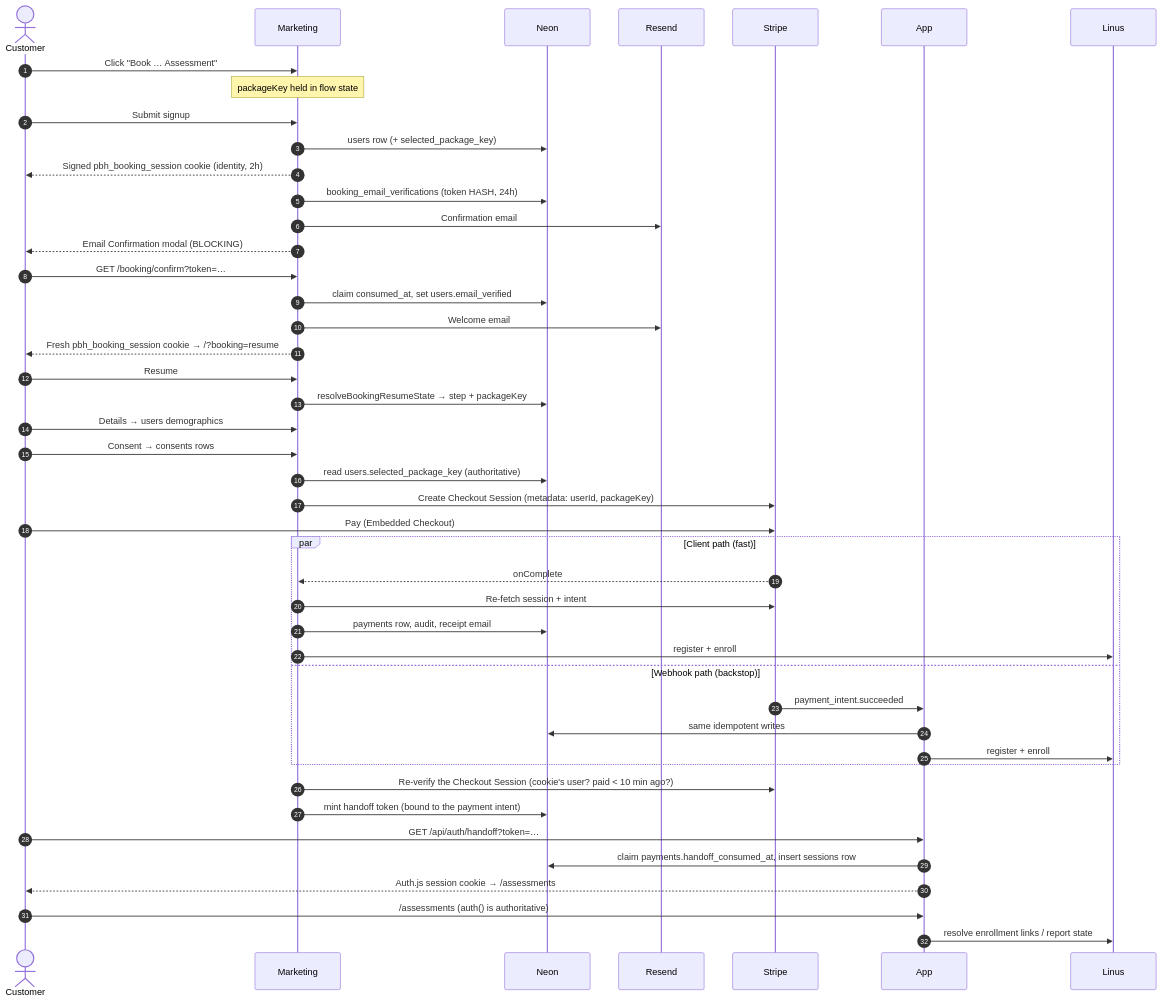
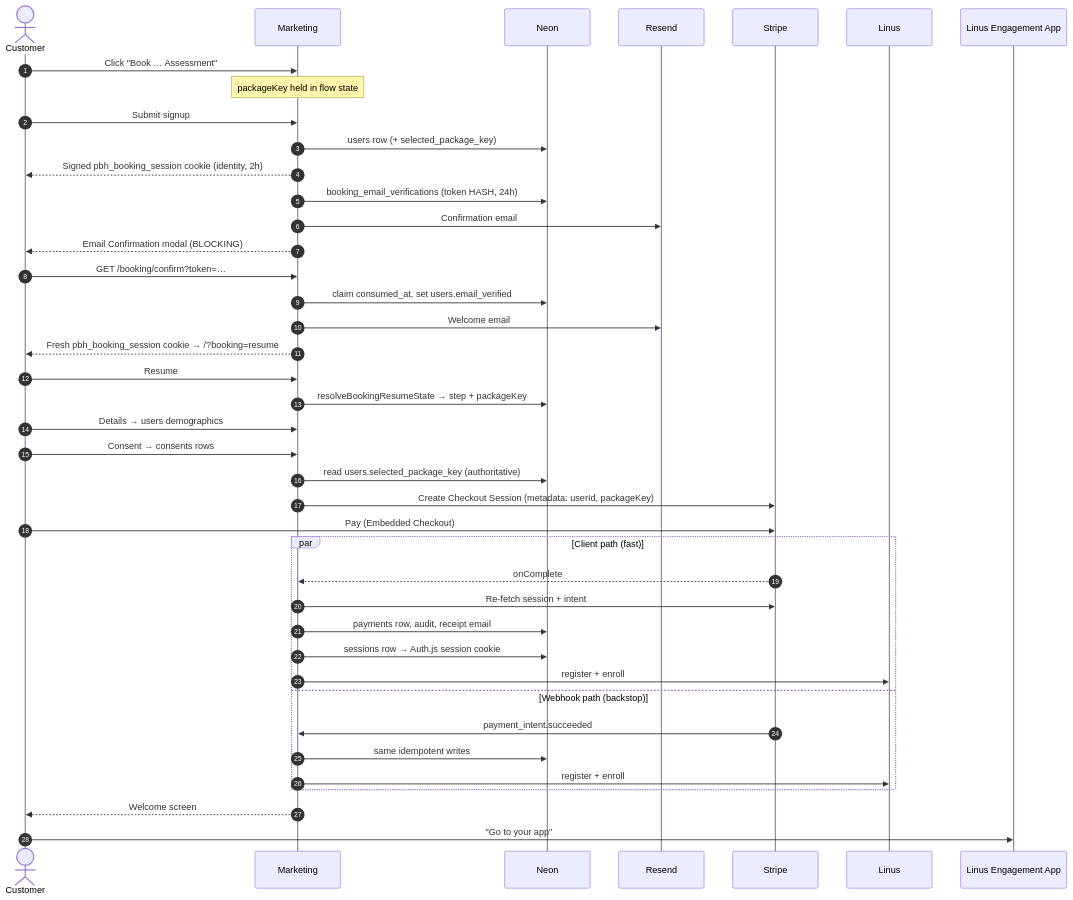
The first of 2 diagrams in docs/booking-flow.md (dbates-commits/primary-brain-health), drawn with Mermaid before and after one commit. The commit also changed other lines of this file and 105 other files, not shown here.

First line of the commit message:
refactor: retire apps/app, ending the flow at a welcome screen

````diff
--- a/docs/booking-flow.md
+++ b/docs/booking-flow.md
@@ -35,53 +40,49 @@
 ```mermaid
 sequenceDiagram
     autonumber
     actor C as Customer
     participant M as Marketing
     participant DB as Neon
     participant R as Resend
     participant S as Stripe
-    participant F as App
     participant L as Linus
+    participant E as Linus Engagement App
 
     C->>M: Click "Book … Assessment"
     Note over M: packageKey held in flow state
     C->>M: Submit signup
     M->>DB: users row (+ selected_package_key)
     M-->>C: Signed pbh_booking_session cookie (identity, 2h)
     M->>DB: booking_email_verifications (token HASH, 24h)
     M->>R: Confirmation email
     M-->>C: Email Confirmation modal (BLOCKING)
 
     C->>M: GET /booking/confirm?token=…
     M->>DB: claim consumed_at, set users.email_verified
     M->>R: Welcome email
     M-->>C: Fresh pbh_booking_session cookie → /?booking=resume
 
     C->>M: Resume
     M->>DB: resolveBookingResumeState → step + packageKey
     C->>M: Details → users demographics
     C->>M: Consent → consents rows
 
     M->>DB: read users.selected_package_key (authoritative)
     M->>S: Create Checkout Session (metadata: userId, packageKey)
     C->>S: Pay (Embedded Checkout)
 
     par Client path (fast)
         S-->>M: onComplete
         M->>S: Re-fetch session + intent
         M->>DB: payments row, audit, receipt email
+        M->>DB: sessions row → Auth.js session cookie
         M->>L: register + enroll
     and Webhook path (backstop)
-        S->>F: payment_intent.succeeded
-        F->>DB: same idempotent writes
-        F->>L: register + enroll
+        S->>M: payment_intent.succeeded
+        M->>DB: same idempotent writes
+        M->>L: register + enroll
     end
 
-    M->>S: Re-verify the Checkout Session (cookie's user? paid < 10 min ago?)
-    M->>DB: mint handoff token (bound to the payment intent)
-    C->>F: GET /api/auth/handoff?token=…
-    F->>DB: claim payments.handoff_consumed_at, insert sessions row
-    F-->>C: Auth.js session cookie → /assessments
-    C->>F: /assessments (auth() is authoritative)
-    F->>L: resolve enrollment links / report state
+    M-->>C: Welcome screen
+    C->>E: "Go to your app"
 ```
````
